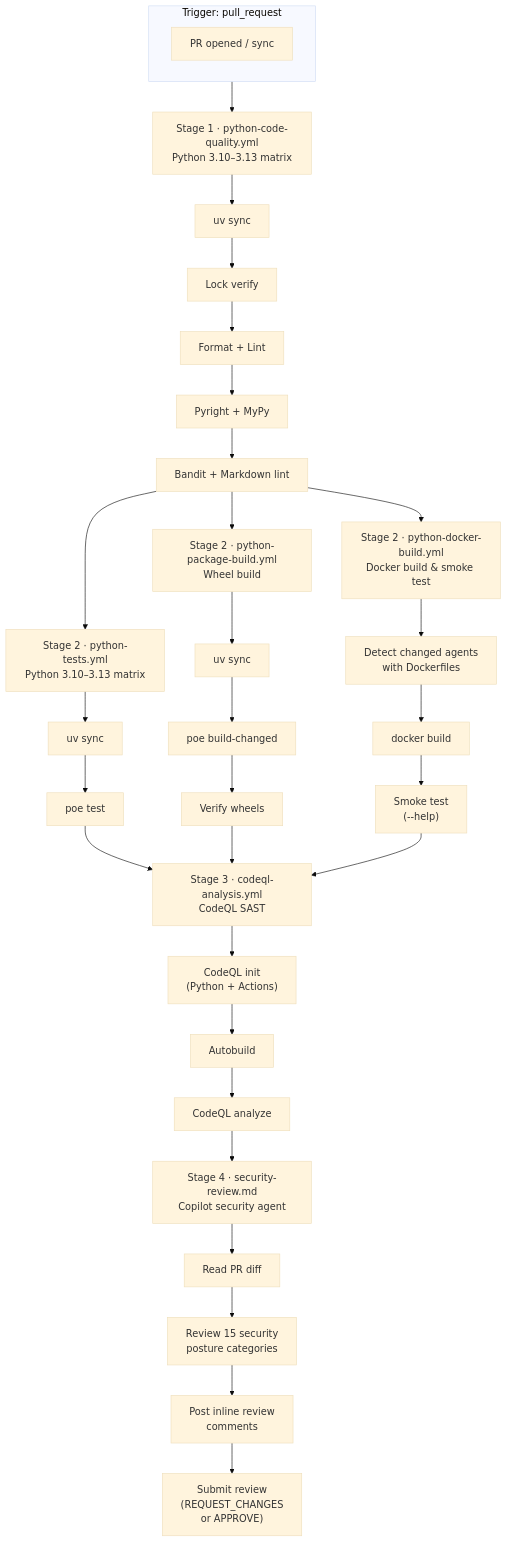
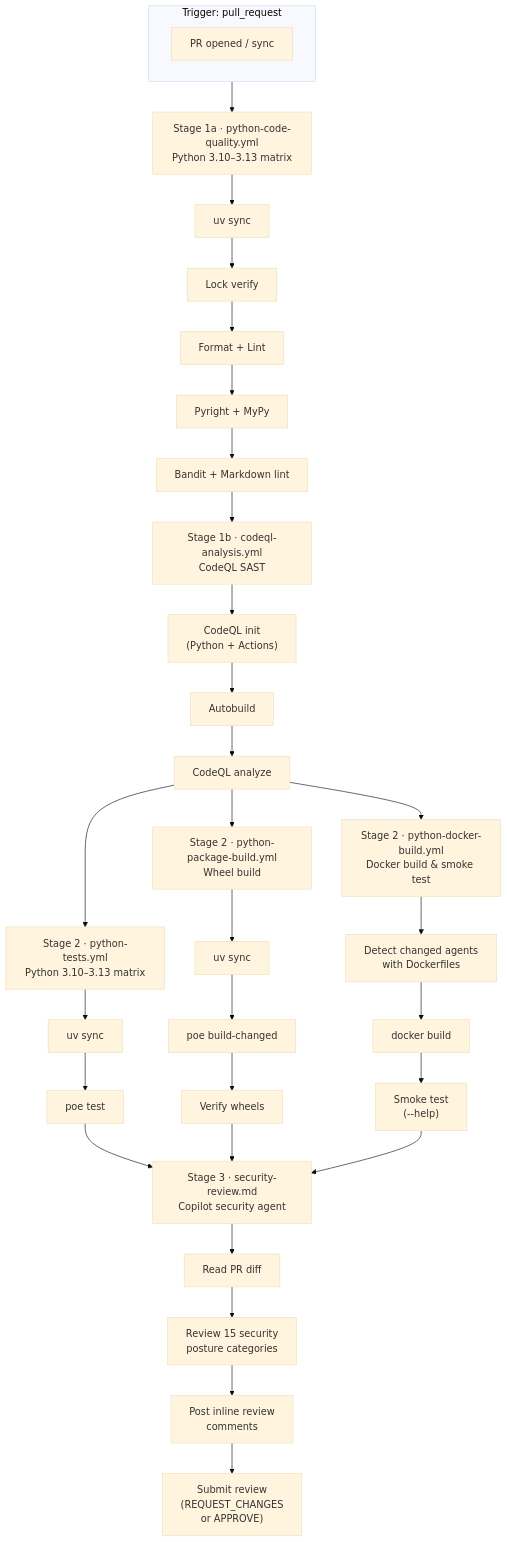
Before and after one commit to pmalarme/python-agent-template: the sixth of 9 diagrams in README.md, drawn with Mermaid (base theme). The commit also changed other lines of this file and 1 other file, not shown here.

Commit message:
feat: reorganize PR orchestrator workflow stages and enhance documentation for clarity

````diff
--- a/README.md
+++ b/README.md
@@ -277,44 +277,45 @@
 ```mermaid
 flowchart TD
     subgraph trigger["Trigger: pull_request"]
         direction LR
         T1["PR opened / sync"]
     end
 
-    trigger --> CQ_QUAL["Stage 1 · python-code-quality.yml<br/>Python 3.10–3.13 matrix"]
+    trigger --> CQ_QUAL["Stage 1a · python-code-quality.yml<br/>Python 3.10–3.13 matrix"]
 
     CQ_QUAL --> CQ_QUAL1["uv sync"]
     CQ_QUAL1 --> CQ_QUAL1b["Lock verify"]
     CQ_QUAL1b --> CQ_QUAL2["Format + Lint"]
     CQ_QUAL2 --> CQ_QUAL3["Pyright + MyPy"]
     CQ_QUAL3 --> CQ_QUAL4["Bandit + Markdown lint"]
 
-    CQ_QUAL4 --> CQ_TEST["Stage 2 · python-tests.yml<br/>Python 3.10–3.13 matrix"]
-    CQ_QUAL4 --> PB["Stage 2 · python-package-build.yml<br/>Wheel build"]
-    CQ_QUAL4 --> DK["Stage 2 · python-docker-build.yml<br/>Docker build &amp; smoke test"]
+    CQ_QUAL4 --> CQ["Stage 1b · codeql-analysis.yml<br/>CodeQL SAST"]
+
+    CQ --> CQ1["CodeQL init<br/>(Python + Actions)"]
+    CQ1 --> CQ2["Autobuild"]
+    CQ2 --> CQ3["CodeQL analyze"]
+
+    CQ3 --> CQ_TEST["Stage 2 · python-tests.yml<br/>Python 3.10–3.13 matrix"]
+    CQ3 --> PB["Stage 2 · python-package-build.yml<br/>Wheel build"]
+    CQ3 --> DK["Stage 2 · python-docker-build.yml<br/>Docker build &amp; smoke test"]
 
     CQ_TEST --> CQ_TEST1["uv sync"]
     CQ_TEST1 --> CQ_TEST2["poe test"]
 
     PB --> PB1["uv sync"]
     PB1 --> PB2["poe build-changed"]
     PB2 --> PB3["Verify wheels"]
 
     DK --> DK1["Detect changed agents<br/>with Dockerfiles"]
     DK1 --> DK2["docker build"]
     DK2 --> DK3["Smoke test<br/>(--help)"]
 
-    CQ_TEST2 --> CQ["Stage 3 · codeql-analysis.yml<br/>CodeQL SAST"]
-    PB3 --> CQ
-    DK3 --> CQ
+    CQ_TEST2 --> SR["Stage 3 · security-review.md<br/>Copilot security agent"]
+    PB3 --> SR
+    DK3 --> SR
 
-    CQ --> CQ1["CodeQL init<br/>(Python + Actions)"]
-    CQ1 --> CQ2["Autobuild"]
-    CQ2 --> CQ3["CodeQL analyze"]
-
-    CQ3 --> SR["Stage 4 · security-review.md<br/>Copilot security agent"]
     SR --> SR1["Read PR diff"]
     SR1 --> SR2["Review 15 security<br/>posture categories"]
     SR2 --> SR3["Post inline review<br/>comments"]
     SR3 --> SR4["Submit review<br/>(REQUEST_CHANGES<br/>or APPROVE)"]
 ```
````
